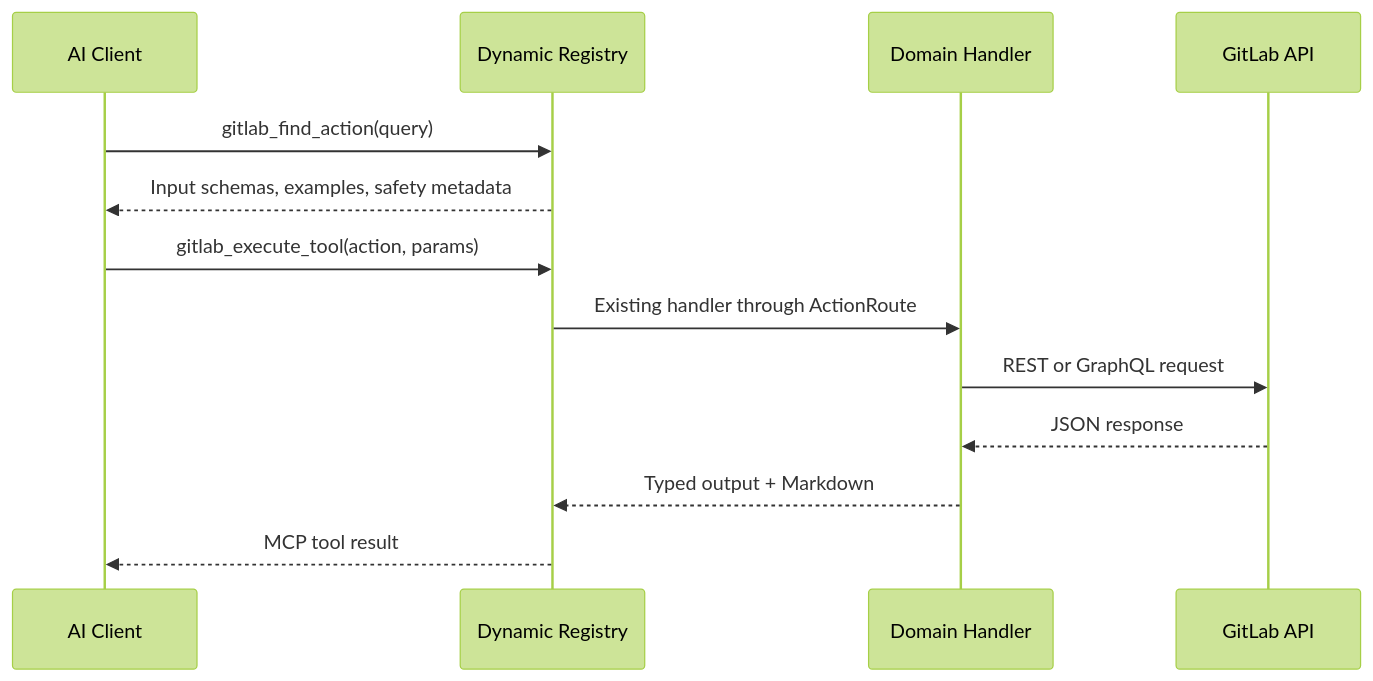
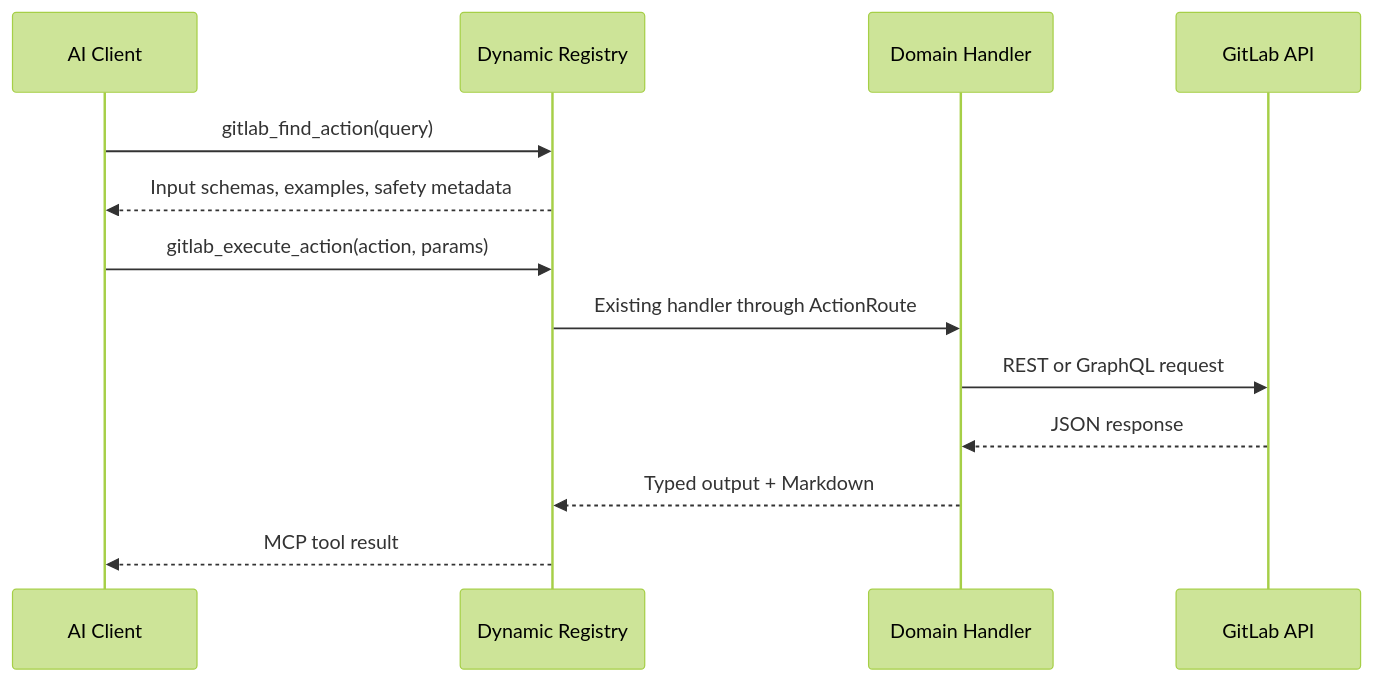
One commit to jmrplens/gitlab-mcp-server changed the sixth of 11 diagrams in docs/architecture.md. Above: the diagram before and after it, drawn with Mermaid (forest theme). The commit also changed other lines of this file and 714 other files, not shown here.

````diff
--- a/docs/architecture.md
+++ b/docs/architecture.md
@@ -327,16 +327,16 @@
 ```mermaid
 sequenceDiagram
     participant LLM as AI Client
     participant DYN as Dynamic Registry
     participant TOOL as Domain Handler
     participant GL as GitLab API
 
     LLM->>DYN: gitlab_find_action(query)
     DYN-->>LLM: Input schemas, examples, safety metadata
-    LLM->>DYN: gitlab_execute_tool(action, params)
+    LLM->>DYN: gitlab_execute_action(action, params)
     DYN->>TOOL: Existing handler through ActionRoute
     TOOL->>GL: REST or GraphQL request
     GL-->>TOOL: JSON response
     TOOL-->>DYN: Typed output + Markdown
     DYN-->>LLM: MCP tool result
 ```
````
